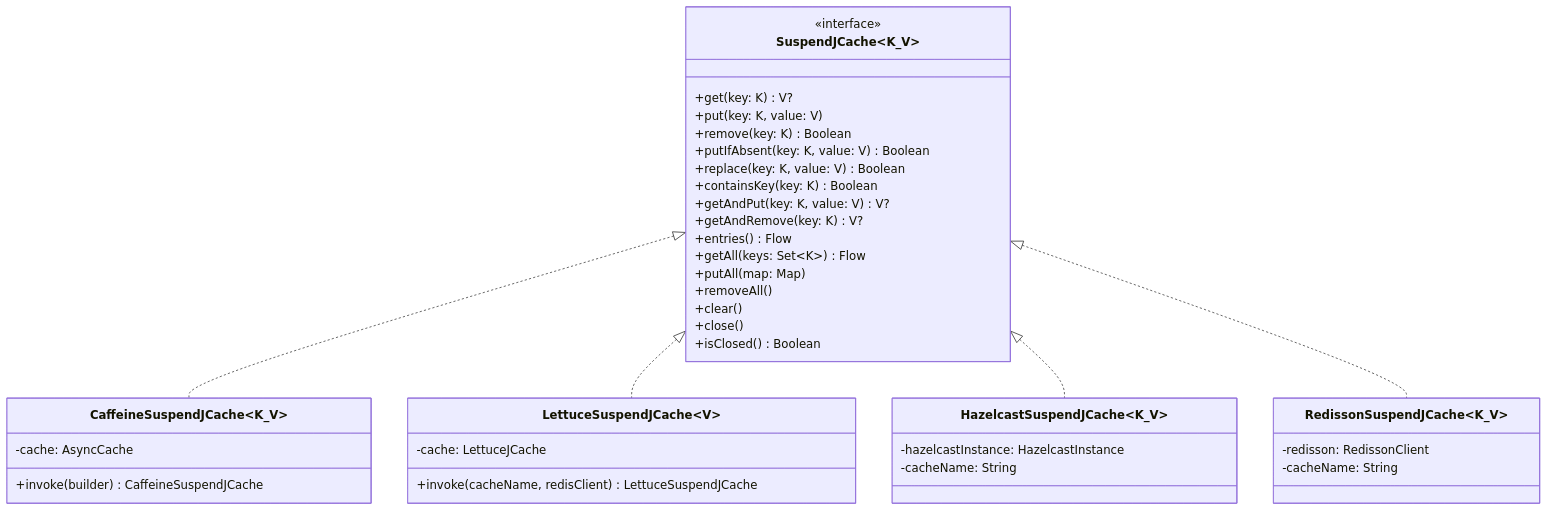
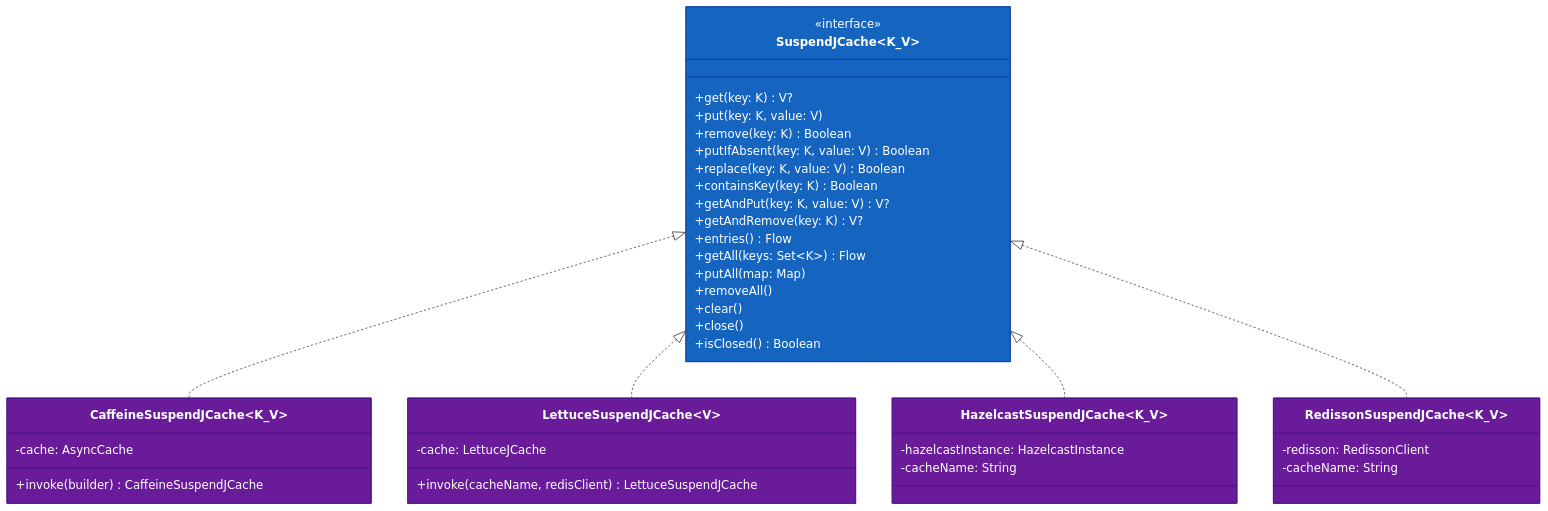
Before and after one commit to bluetape4k/bluetape4k-projects: the fifth of 7 diagrams in infra/cache-core/README.ko.md, drawn with Mermaid. The commit also changed other lines of this file and 221 other files, not shown here.

First line of the commit message:
docs: 전체 모듈 README UML 다이어그램 보강 및 색상 업그레이드

````diff
--- a/infra/cache-core/README.ko.md
+++ b/infra/cache-core/README.ko.md
@@ -196,46 +221,52 @@
 ```mermaid
 classDiagram
     class SuspendJCache~K_V~ {
         <<interface>>
         +get(key: K) V?
         +put(key: K, value: V)
         +remove(key: K) Boolean
         +putIfAbsent(key: K, value: V) Boolean
         +replace(key: K, value: V) Boolean
         +containsKey(key: K) Boolean
         +getAndPut(key: K, value: V) V?
         +getAndRemove(key: K) V?
         +entries() Flow
         +getAll(keys: Set~K~) Flow
 +putAll(map: Map)
         +removeAll()
         +clear()
         +close()
         +isClosed() Boolean
     }
 
 class CaffeineSuspendJCache~K_V~ {
 -cache: AsyncCache
         +invoke(builder) CaffeineSuspendJCache
     }
 
     class LettuceSuspendJCache~V~ {
 -cache: LettuceJCache
         +invoke(cacheName, redisClient) LettuceSuspendJCache
     }
 
 class HazelcastSuspendJCache~K_V~ {
         -hazelcastInstance: HazelcastInstance
         -cacheName: String
     }
 
 class RedissonSuspendJCache~K_V~ {
         -redisson: RedissonClient
         -cacheName: String
     }
 
 SuspendJCache <|.. CaffeineSuspendJCache
 SuspendJCache <|.. LettuceSuspendJCache
 SuspendJCache <|.. HazelcastSuspendJCache
 SuspendJCache <|.. RedissonSuspendJCache
+
+    style SuspendJCache fill:#1565C0,stroke:#0D47A1,color:#FFFFFF
+    style CaffeineSuspendJCache fill:#6A1B9A,stroke:#4A148C,color:#FFFFFF
+    style LettuceSuspendJCache fill:#6A1B9A,stroke:#4A148C,color:#FFFFFF
+    style HazelcastSuspendJCache fill:#6A1B9A,stroke:#4A148C,color:#FFFFFF
+    style RedissonSuspendJCache fill:#6A1B9A,stroke:#4A148C,color:#FFFFFF
 ```
````
